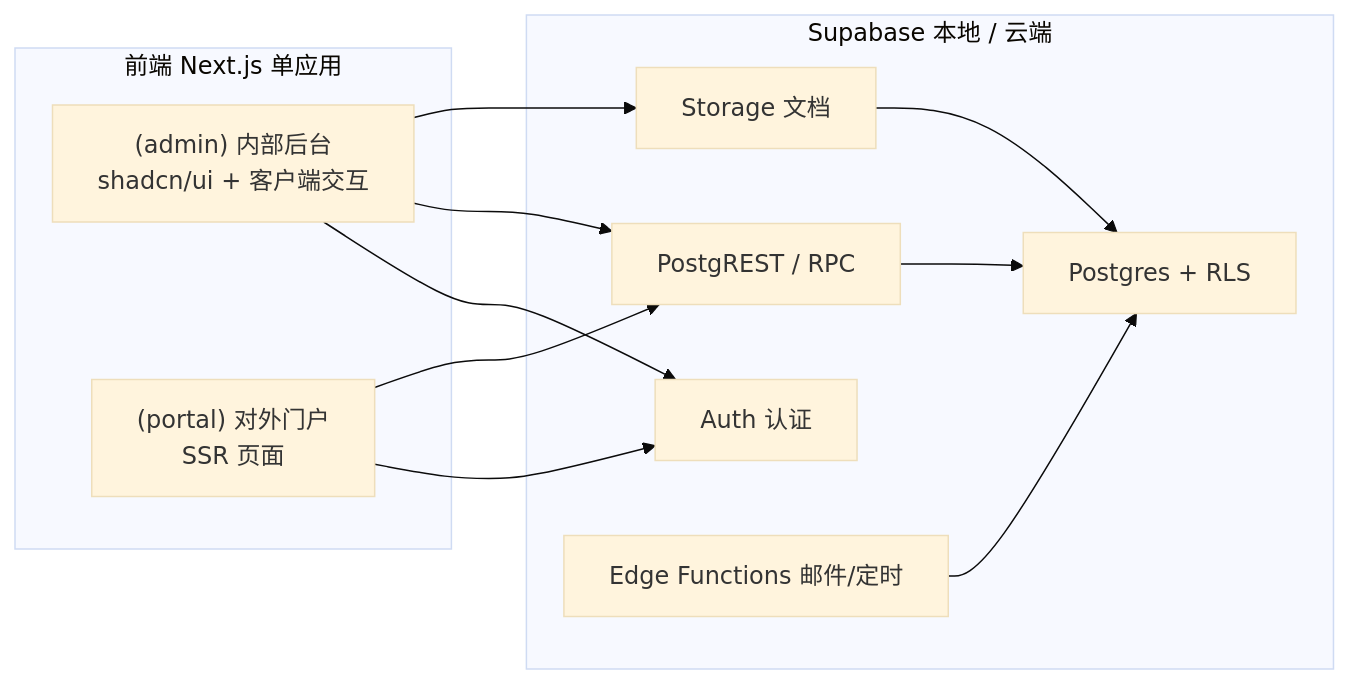
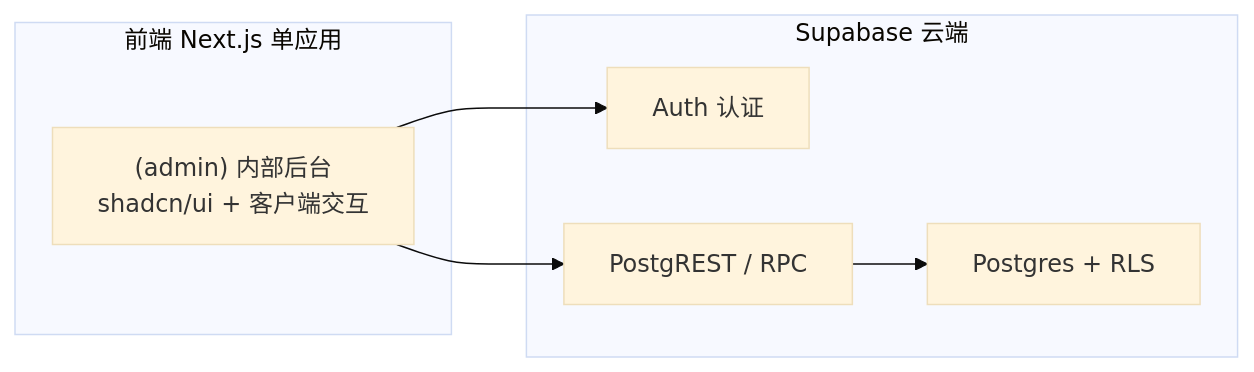
One commit to jabaricao123/admin changed the first of 2 diagrams in docs/PLAN.md. Above: the diagram before and after it, drawn with Mermaid (base theme). The commit also changed other lines of this file and 1 other file, not shown here.

````diff
--- a/docs/PLAN.md
+++ b/docs/PLAN.md
@@ -72,19 +69,13 @@
 ```mermaid
 flowchart LR
   subgraph Client["前端 Next.js 单应用"]
     A1["(admin) 内部后台<br/>shadcn/ui + 客户端交互"]
-    A2["(portal) 对外门户<br/>SSR 页面"]
   end
-  subgraph Supabase["Supabase 本地 / 云端"]
+  subgraph Supabase["Supabase 云端"]
     B1["Auth 认证"]
     B2["PostgREST / RPC"]
     B3["Postgres + RLS"]
-    B4["Storage 文档"]
-    B5["Edge Functions 邮件/定时"]
   end
-  A1 --> B1 & B2 & B4
-  A2 --> B1 & B2
+  A1 --> B1 & B2
   B2 --> B3
-  B5 --> B3
-  B4 --> B3
 ```
````
